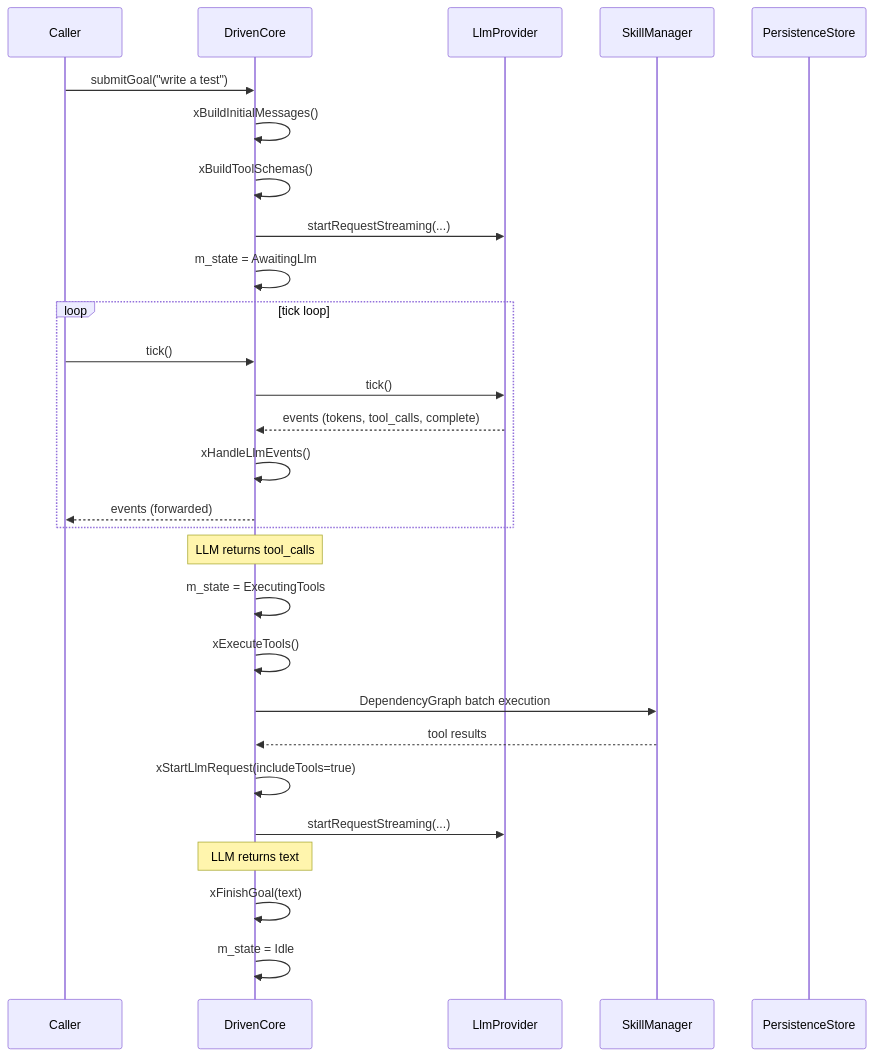
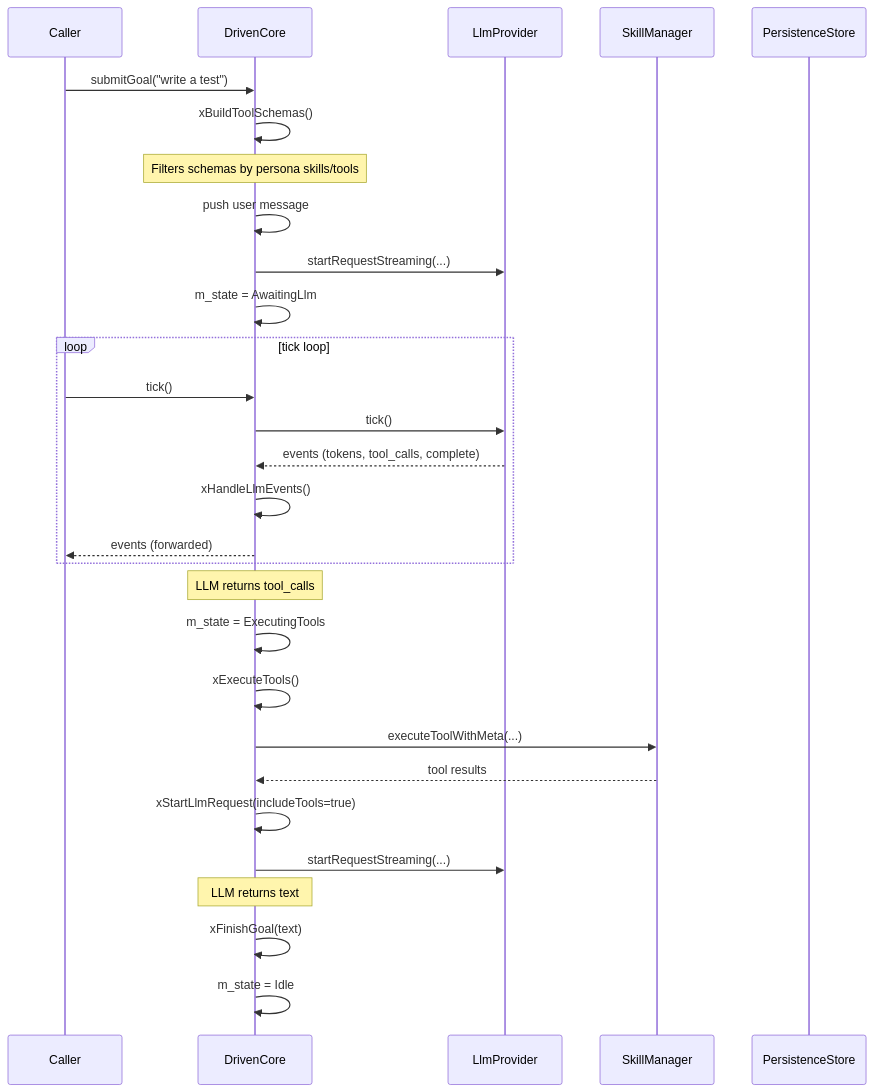
The second of 2 diagrams in src/driven_core.spec.md (opensassi/a0), drawn with Mermaid before and after one commit. The commit also changed other lines of this file and 26 other files, not shown here.

First line of the commit message:
Fix persona tool filtering: default to software-engineer, remove all-tools fallback, sync specs

````diff
--- a/src/driven_core.spec.md
+++ b/src/driven_core.spec.md
@@ -141,35 +156,36 @@
 ```mermaid
 sequenceDiagram
     participant C as Caller
     participant DC as DrivenCore
     participant PR as LlmProvider
-    participant SK as SkillManager
+    participant SM as SkillManager
     participant PT as PersistenceStore
 
     C->>DC: submitGoal("write a test")
-    DC->>DC: xBuildInitialMessages()
     DC->>DC: xBuildToolSchemas()
+    Note over DC: Filters schemas by persona skills/tools
+    DC->>DC: push user message
     DC->>PR: startRequestStreaming(...)
     DC->>DC: m_state = AwaitingLlm
 
     loop tick loop
         C->>DC: tick()
         DC->>PR: tick()
         PR-->>DC: events (tokens, tool_calls, complete)
         DC->>DC: xHandleLlmEvents()
         DC-->>C: events (forwarded)
     end
 
     Note over DC: LLM returns tool_calls
     DC->>DC: m_state = ExecutingTools
 
     DC->>DC: xExecuteTools()
-    DC->>SK: DependencyGraph batch execution
-    SK-->>DC: tool results
+    DC->>SM: executeToolWithMeta(...)
+    SM-->>DC: tool results
     DC->>DC: xStartLlmRequest(includeTools=true)
     DC->>PR: startRequestStreaming(...)
 
     Note over DC: LLM returns text
     DC->>DC: xFinishGoal(text)
     DC->>DC: m_state = Idle
 ```
````
